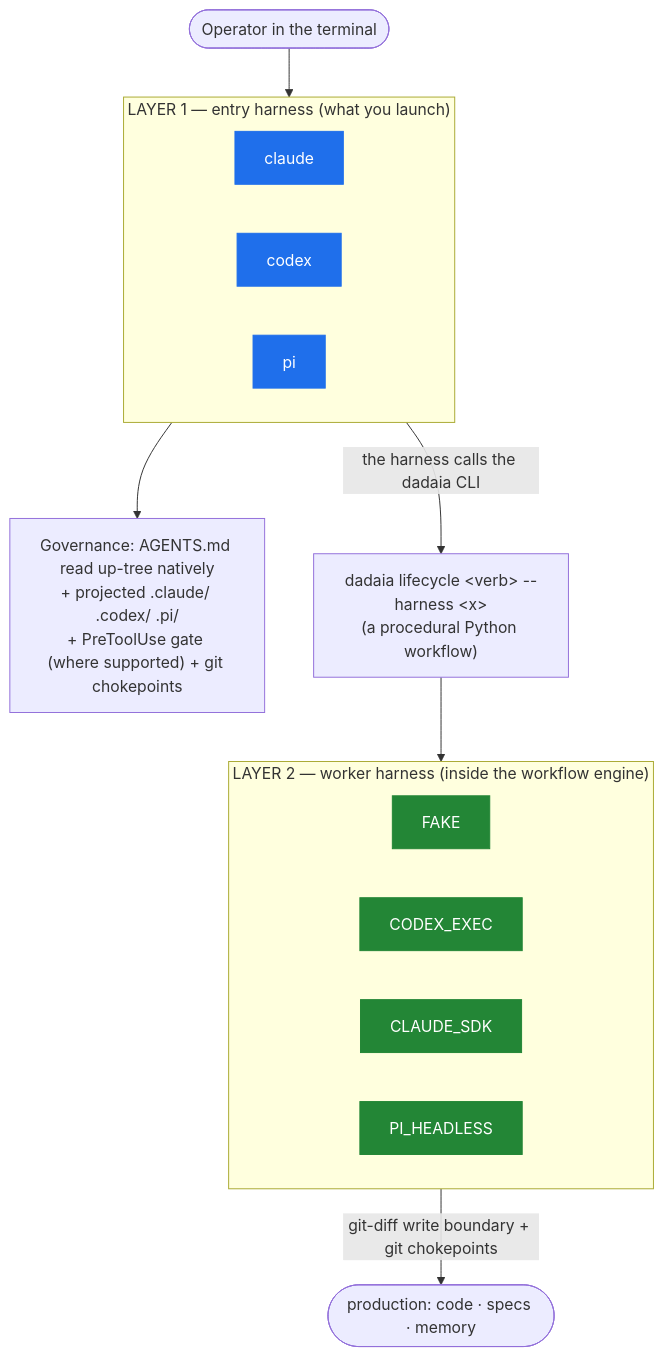
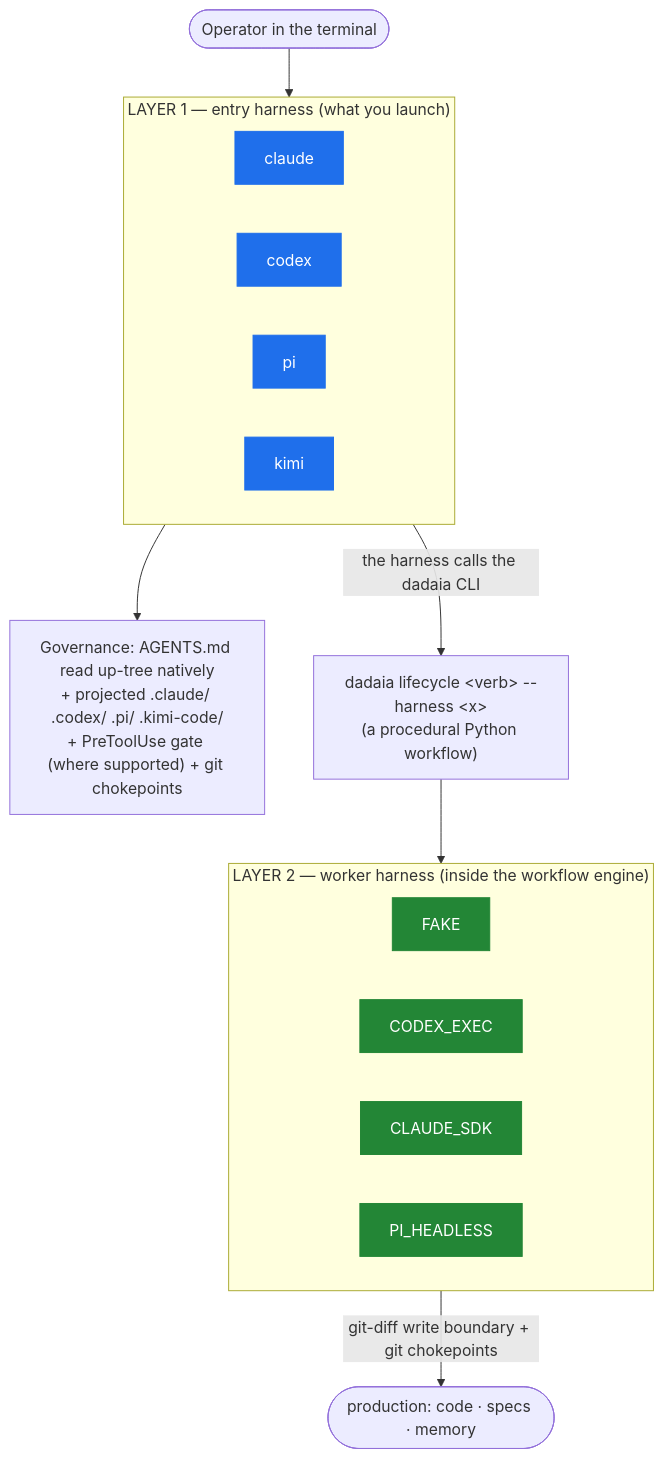
One commit to marcoaureliomenezes/dadaia-workspace changed the first of 2 diagrams in README.md. Above: the diagram before and after it, drawn with Mermaid. The commit also changed other lines of this file and 42 other files, not shown here.

First line of the commit message:
feat(harness): add kimi-code as Layer-1 entry harness (v0.2.8)

````diff
--- a/README.md
+++ b/README.md
@@ -53,24 +53,25 @@
 ```mermaid
 flowchart TB
     OP(["Operator in the terminal"])
     subgraph L1["LAYER 1 — entry harness (what you launch)"]
         direction LR
         CC["claude"]:::h
         CX["codex"]:::h
         PI["pi"]:::h
+        KC["kimi"]:::h
     end
-    GOV["Governance: AGENTS.md read up-tree natively<br/>+ projected .claude/ .codex/ .pi/<br/>+ PreToolUse gate (where supported) + git chokepoints"]
+    GOV["Governance: AGENTS.md read up-tree natively<br/>+ projected .claude/ .codex/ .pi/ .kimi-code/<br/>+ PreToolUse gate (where supported) + git chokepoints"]
     CLI["dadaia lifecycle &lt;verb&gt; --harness &lt;x&gt;<br/>(a procedural Python workflow)"]
     subgraph L2["LAYER 2 — worker harness (inside the workflow engine)"]
         direction LR
         FK["FAKE"]:::w
         CXk["CODEX_EXEC"]:::w
         CLk["CLAUDE_SDK"]:::w
         PIk["PI_HEADLESS"]:::w
     end
     OP --> L1 --> GOV
     L1 -->|"the harness calls the dadaia CLI"| CLI --> L2
     L2 -->|"git-diff write boundary + git chokepoints"| OUT(["production: code · specs · memory"])
     classDef h fill:#1f6feb,color:#fff,stroke:#1f6feb;
     classDef w fill:#238636,color:#fff,stroke:#238636;
 ```
````
